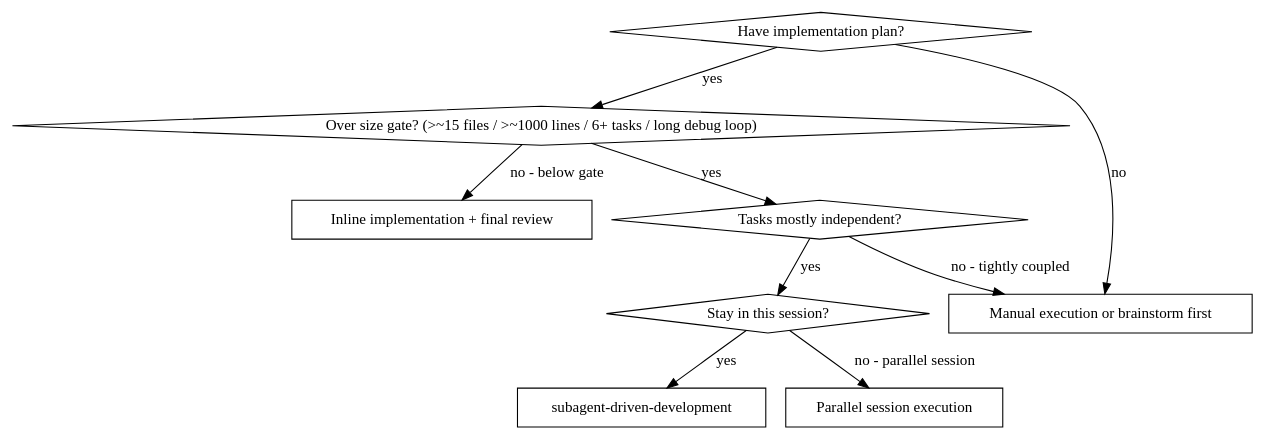
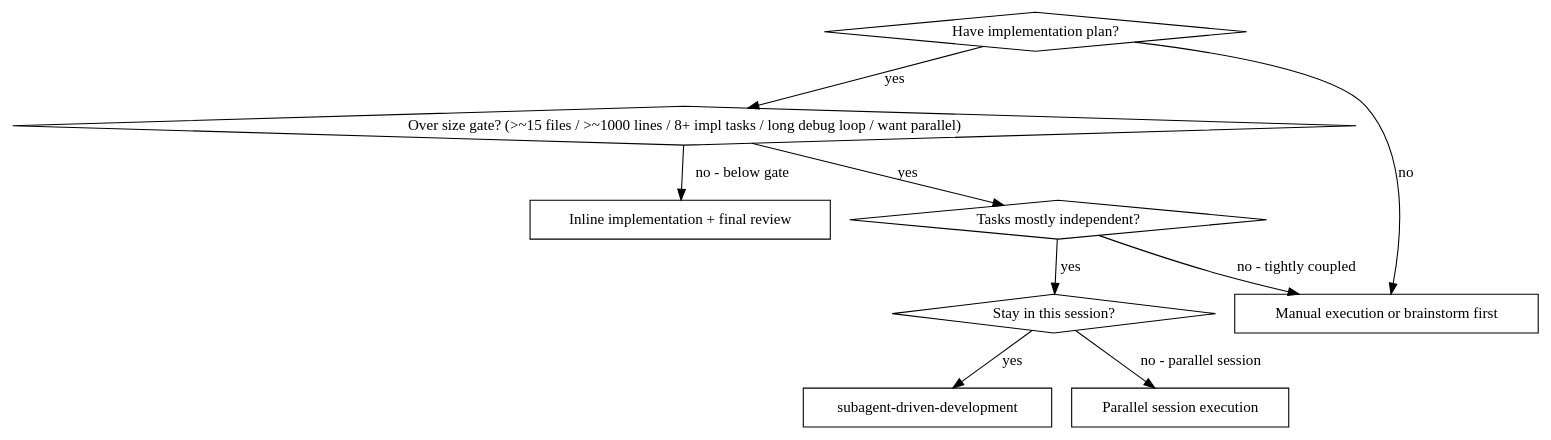
The first of 2 diagrams in .agents/skills/subagent-driven-development/SKILL.md (moorestech/moorestech), drawn with Graphviz before and after one commit. The commit also changed other lines of this file, not shown here.

````diff
--- a/.agents/skills/subagent-driven-development/SKILL.md
+++ b/.agents/skills/subagent-driven-development/SKILL.md
@@ -37,21 +40,21 @@
 ```dot
 digraph when_to_use {
     "Have implementation plan?" [shape=diamond];
-    "Over size gate? (>~15 files / >~1000 lines / 6+ tasks / long debug loop)" [shape=diamond];
+    "Over size gate? (>~15 files / >~1000 lines / 8+ impl tasks / long debug loop / want parallel)" [shape=diamond];
     "Tasks mostly independent?" [shape=diamond];
     "subagent-driven-development" [shape=box];
     "Parallel session execution" [shape=box];
     "Manual execution or brainstorm first" [shape=box];
     "Inline implementation + final review" [shape=box];
     "Stay in this session?" [shape=diamond];
 
-    "Have implementation plan?" -> "Over size gate? (>~15 files / >~1000 lines / 6+ tasks / long debug loop)" [label="yes"];
+    "Have implementation plan?" -> "Over size gate? (>~15 files / >~1000 lines / 8+ impl tasks / long debug loop / want parallel)" [label="yes"];
     "Have implementation plan?" -> "Manual execution or brainstorm first" [label="no"];
-    "Over size gate? (>~15 files / >~1000 lines / 6+ tasks / long debug loop)" -> "Tasks mostly independent?" [label="yes"];
-    "Over size gate? (>~15 files / >~1000 lines / 6+ tasks / long debug loop)" -> "Inline implementation + final review" [label="no - below gate"];
+    "Over size gate? (>~15 files / >~1000 lines / 8+ impl tasks / long debug loop / want parallel)" -> "Tasks mostly independent?" [label="yes"];
+    "Over size gate? (>~15 files / >~1000 lines / 8+ impl tasks / long debug loop / want parallel)" -> "Inline implementation + final review" [label="no - below gate"];
     "Tasks mostly independent?" -> "Stay in this session?" [label="yes"];
     "Tasks mostly independent?" -> "Manual execution or brainstorm first" [label="no - tightly coupled"];
     "Stay in this session?" -> "subagent-driven-development" [label="yes"];
     "Stay in this session?" -> "Parallel session execution" [label="no - parallel session"];
 }
 ```
````
